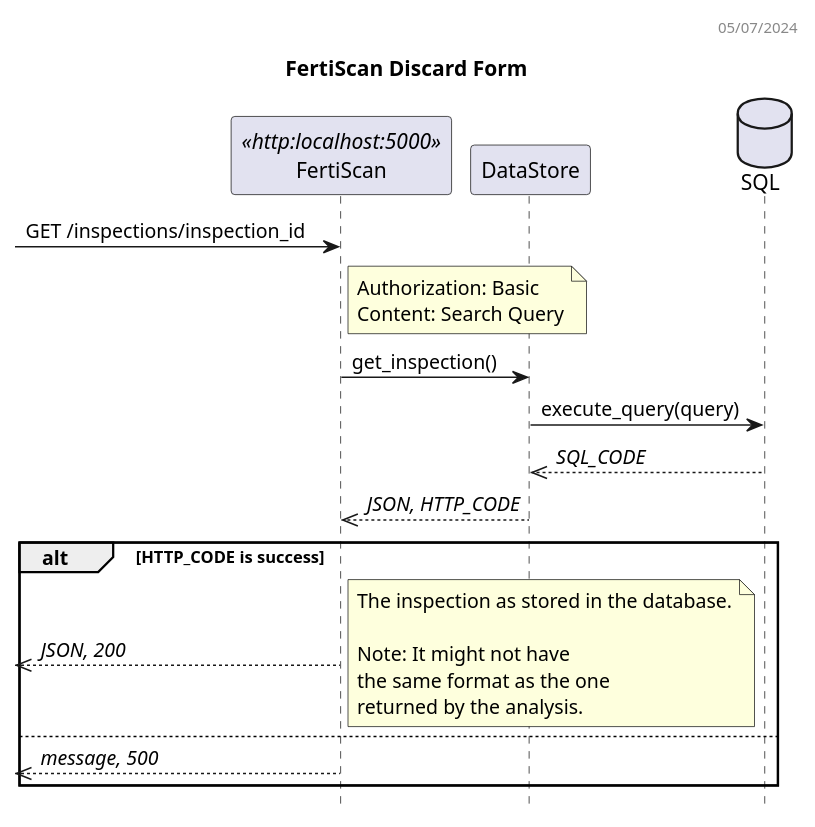
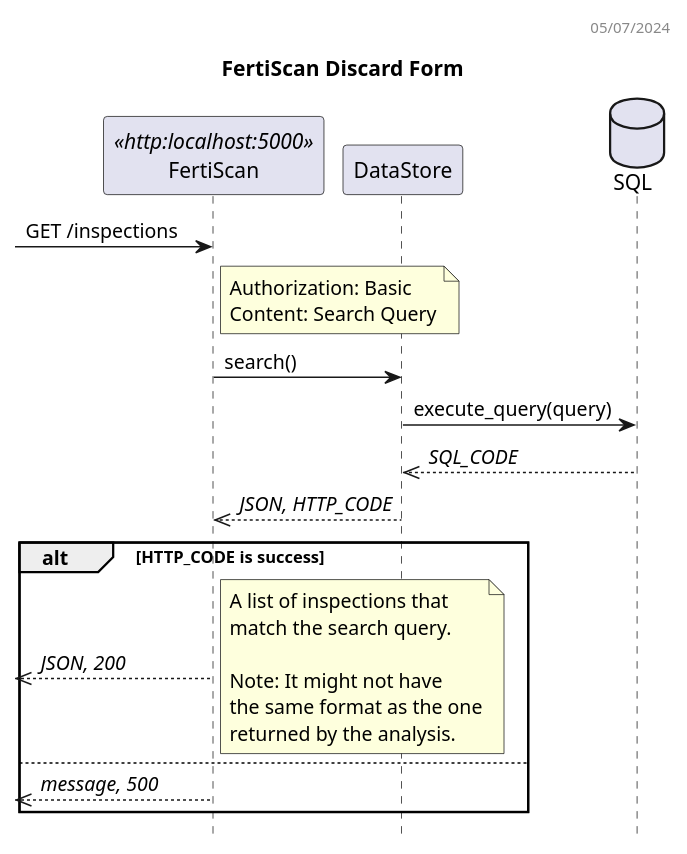
One commit to ai-cfia/fertiscan-backend changed the diagram in docs/plantuml/search_form_dss.puml. Above: the diagram before and after it, drawn with PlantUML. The commit also changed 3 other files, not shown here.

```diff
--- a/docs/plantuml/search_form_dss.puml
+++ b/docs/plantuml/search_form_dss.puml
@@ -1,34 +1,35 @@
 @startuml FertiScan Sequence Diagram
 header 05/07/2024
 
 title FertiScan Discard Form
 hide empty members
 hide footbox
 
 participant FertiScan as BE <<http:localhost:5000>>
 participant DataStore as DS
 database SQL as DB
 
--> BE: GET /inspections/inspection_id
+-> BE: GET /inspections
 note right BE
   Authorization: Basic
   Content: Search Query
 end note
-BE -> DS: get_inspection() 
+BE -> DS: search() 
 DS -> DB: execute_query(query)
 DS <<-- DB: //SQL_CODE//
 BE <<-- DS: //JSON, HTTP_CODE//
 alt HTTP_CODE is success
   <<-- BE: //JSON, 200//
   note right
-    The inspection as stored in the database.
+    A list of inspections that
+    match the search query.
 
     Note: It might not have
     the same format as the one
     returned by the analysis.
   end note
 else
   <<-- BE: //message, 500//
 end
 
 @enduml
```
